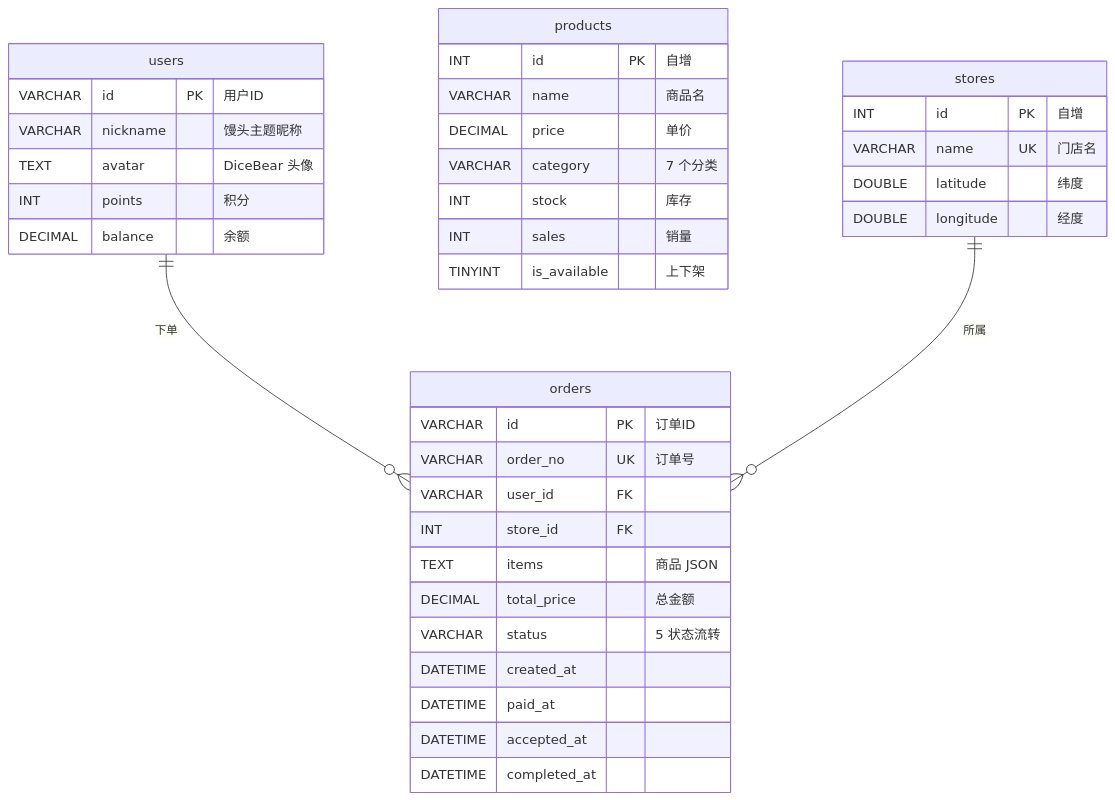
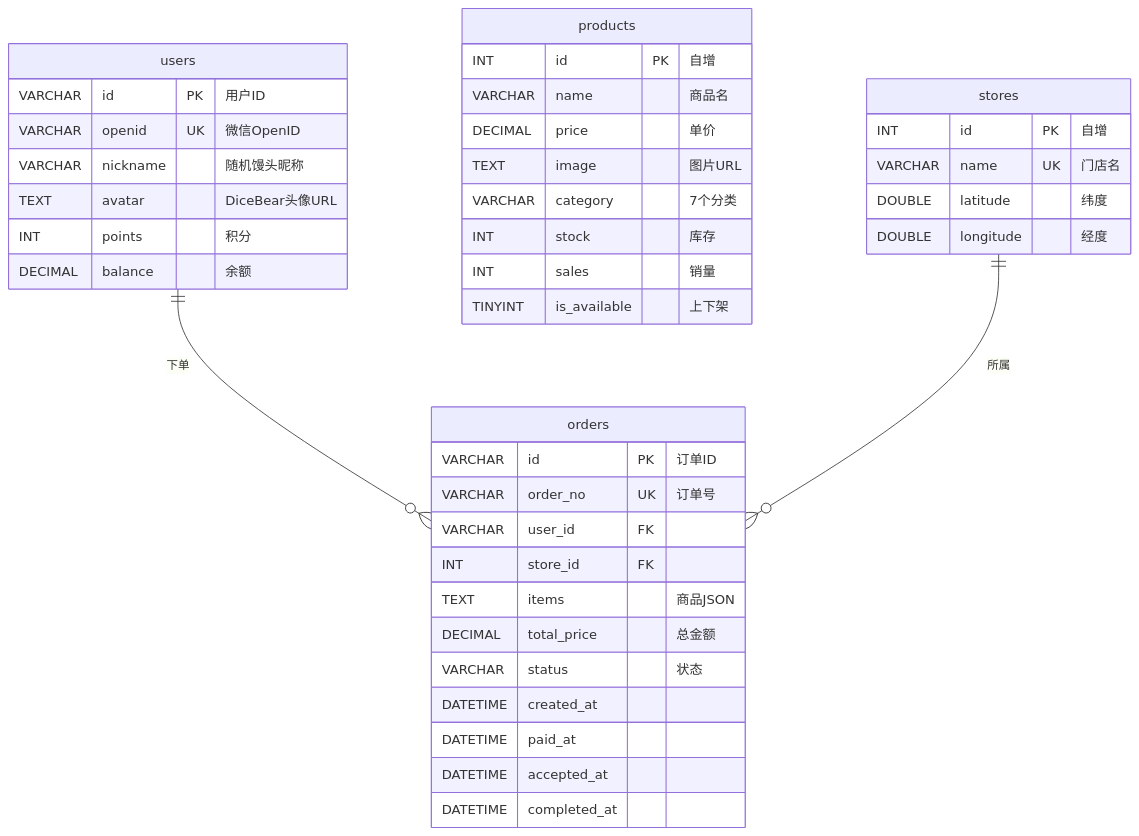
The second of 2 diagrams in README.md (zip-Wu/tasty_bakery), drawn with Mermaid before and after one commit. The commit also changed other lines of this file, not shown here.

Commit message:
docs: 给RADME中的每个图片配上文字说明

````diff
--- a/README.md
+++ b/README.md
@@ -80,44 +75,46 @@
 ```mermaid
 erDiagram
     users {
         VARCHAR id PK "用户ID"
-        VARCHAR nickname "馒头主题昵称"
-        TEXT avatar "DiceBear 头像"
+        VARCHAR openid UK "微信OpenID"
+        VARCHAR nickname "随机馒头昵称"
+        TEXT avatar "DiceBear头像URL"
         INT points "积分"
         DECIMAL balance "余额"
     }
 
     products {
         INT id PK "自增"
         VARCHAR name "商品名"
         DECIMAL price "单价"
-        VARCHAR category "7 个分类"
+        TEXT image "图片URL"
+        VARCHAR category "7个分类"
         INT stock "库存"
         INT sales "销量"
         TINYINT is_available "上下架"
     }
 
     stores {
         INT id PK "自增"
         VARCHAR name UK "门店名"
         DOUBLE latitude "纬度"
         DOUBLE longitude "经度"
     }
 
     orders {
         VARCHAR id PK "订单ID"
         VARCHAR order_no UK "订单号"
         VARCHAR user_id FK
         INT store_id FK
-        TEXT items "商品 JSON"
+        TEXT items "商品JSON"
         DECIMAL total_price "总金额"
-        VARCHAR status "5 状态流转"
+        VARCHAR status "状态"
         DATETIME created_at
         DATETIME paid_at
         DATETIME accepted_at
         DATETIME completed_at
     }
 
     users ||--o{ orders : "下单"
     stores ||--o{ orders : "所属"
 ```
````
